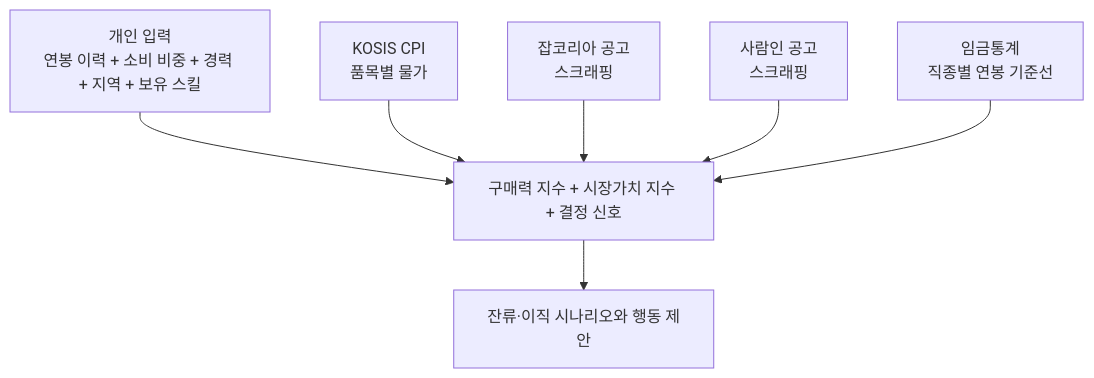
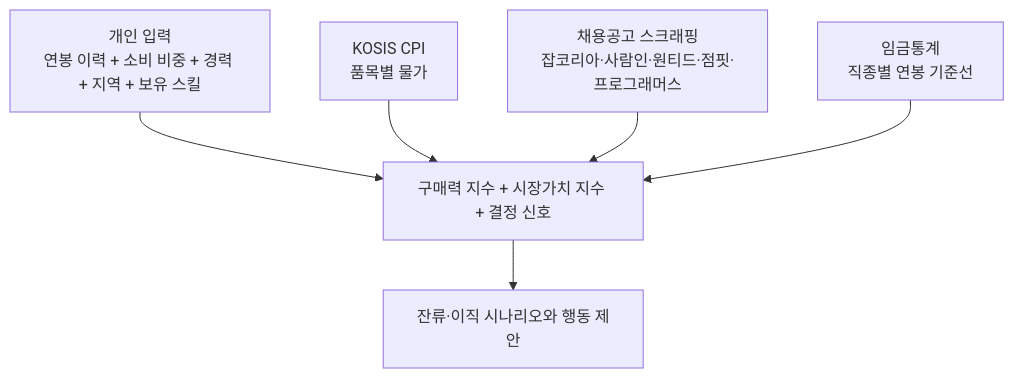
The first of 2 diagrams in README.md (SeoHyeokGyu/Carix), drawn with Mermaid before and after one commit. The commit also changed other lines of this file and 7 other files, not shown here.

````diff
--- a/README.md
+++ b/README.md
@@ -37,16 +37,14 @@
 ```mermaid
 flowchart TD
     Input[개인 입력<br>연봉 이력 + 소비 비중 + 경력 + 지역 + 보유 스킬]
     Kosis[KOSIS CPI<br>품목별 물가]
-    JobKorea[잡코리아 공고<br>스크래핑]
-    Saramin[사람인 공고<br>스크래핑]
+    Postings[채용공고 스크래핑<br>잡코리아·사람인·원티드·점핏·프로그래머스]
     Wage[임금통계<br>직종별 연봉 기준선]
     
     Input --> Output[구매력 지수 + 시장가치 지수 + 결정 신호]
     Kosis --> Output
-    JobKorea --> Output
-    Saramin --> Output
+    Postings --> Output
     Wage --> Output
     
     Output --> Scenario[잔류·이직 시나리오와 행동 제안]
 ```
````
